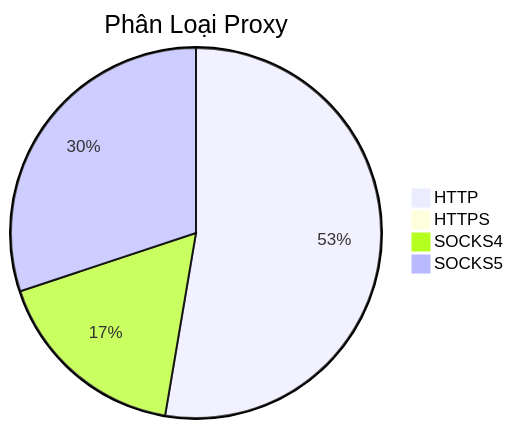
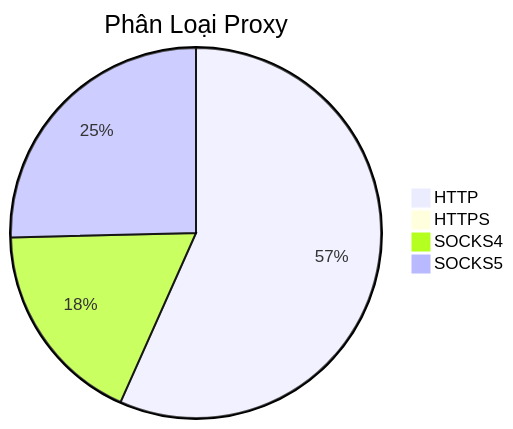
Before and after one commit to Ciara-12/PROXY-free: the diagram in README.md, drawn with Mermaid. The commit also changed other lines of this file and 4 other files, not shown here.

````diff
--- a/README.md
+++ b/README.md
@@ -26,7 +26,7 @@
 ```mermaid
 pie title Phân Loại Proxy
-    "HTTP" : 987
-    "HTTPS" : 0
-    "SOCKS4" : 323
-    "SOCKS5" : 564
+    "HTTP" : 891
+    "HTTPS" : 1
+    "SOCKS4" : 282
+    "SOCKS5" : 399
 ```
````
